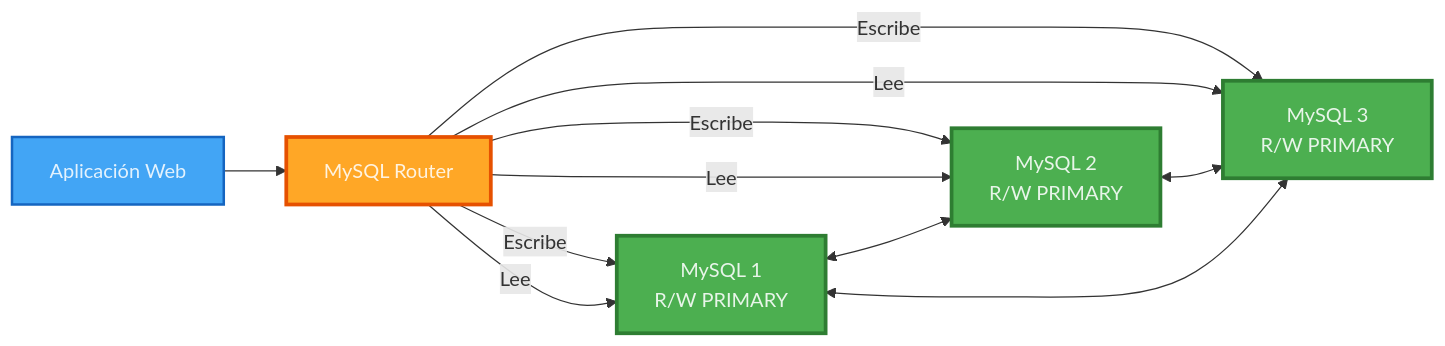
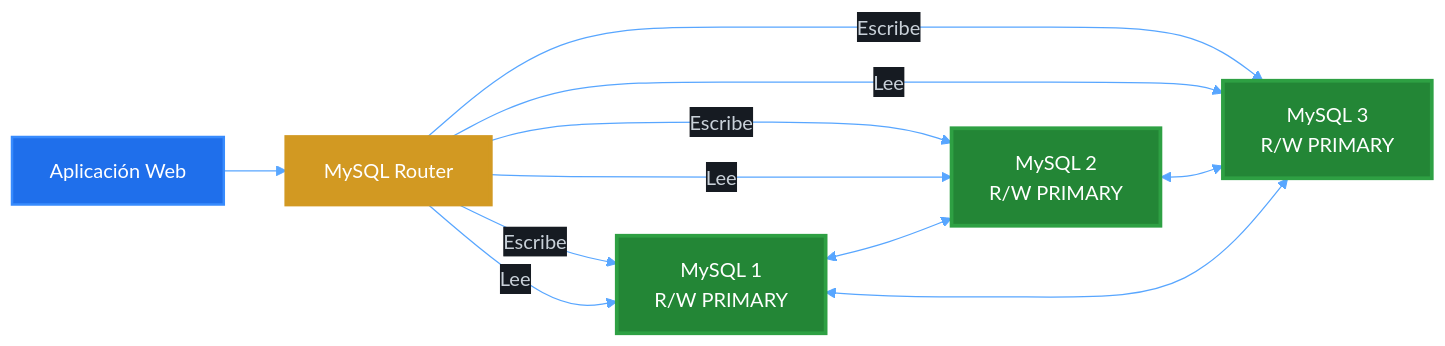
One commit to JoaquinLoaizaUCSM/sistema-gestion-sobretiempos-ha changed the first of 3 diagrams in docs/MODO-MULTI-PRIMARY.md. Above: the diagram before and after it, drawn with Mermaid. The commit also changed other lines of this file and 2 other files, not shown here.

Commit message:
Docs: Update diagrams for dark mode and refresh README

````diff
--- a/docs/MODO-MULTI-PRIMARY.md
+++ b/docs/MODO-MULTI-PRIMARY.md
@@ -9,27 +9,28 @@
 ```mermaid
+%%{init: {'theme': 'base', 'themeVariables': { 'primaryColor': '#0d1117', 'primaryTextColor': '#c9d1d9', 'primaryBorderColor': '#30363d', 'lineColor': '#58a6ff', 'secondaryColor': '#161b22', 'tertiaryColor': '#161b22', 'mainBkg': '#0d1117', 'nodeBorder': '#30363d', 'clusterBkg': '#161b22', 'clusterBorder': '#30363d', 'defaultLinkColor': '#58a6ff', 'fontFamily': 'arial', 'fontSize': '16px'}}}%%
 graph LR
     APP[Aplicación Web]
     ROUTER[MySQL Router]
     
     M1[MySQL 1<br/>R/W PRIMARY]
     M2[MySQL 2<br/>R/W PRIMARY]
     M3[MySQL 3<br/>R/W PRIMARY]
     
     APP --> ROUTER
     ROUTER -->|Escribe| M1
     ROUTER -->|Escribe| M2
     ROUTER -->|Escribe| M3
     ROUTER -->|Lee| M1
     ROUTER -->|Lee| M2
     ROUTER -->|Lee| M3
     
     M1 <--> M2
     M2 <--> M3
     M3 <--> M1
     
-    style M1 fill:#4CAF50,stroke:#2E7D32,stroke-width:3px,color:#E8F5E9
-    style M2 fill:#4CAF50,stroke:#2E7D32,stroke-width:3px,color:#E8F5E9
-    style M3 fill:#4CAF50,stroke:#2E7D32,stroke-width:3px,color:#E8F5E9
-    style ROUTER fill:#FFA726,stroke:#E65100,stroke-width:3px,color:#FFF3E0
-    style APP fill:#42A5F5,stroke:#1565C0,stroke-width:2px,color:#E3F2FD
+    style M1 fill:#238636,stroke:#2ea043,stroke-width:3px,color:#ffffff
+    style M2 fill:#238636,stroke:#2ea043,stroke-width:3px,color:#ffffff
+    style M3 fill:#238636,stroke:#2ea043,stroke-width:3px,color:#ffffff
+    style ROUTER fill:#d29922,stroke:#d29922,stroke-width:3px,color:#ffffff
+    style APP fill:#1f6feb,stroke:#388bfd,stroke-width:2px,color:#ffffff
 ```
````
